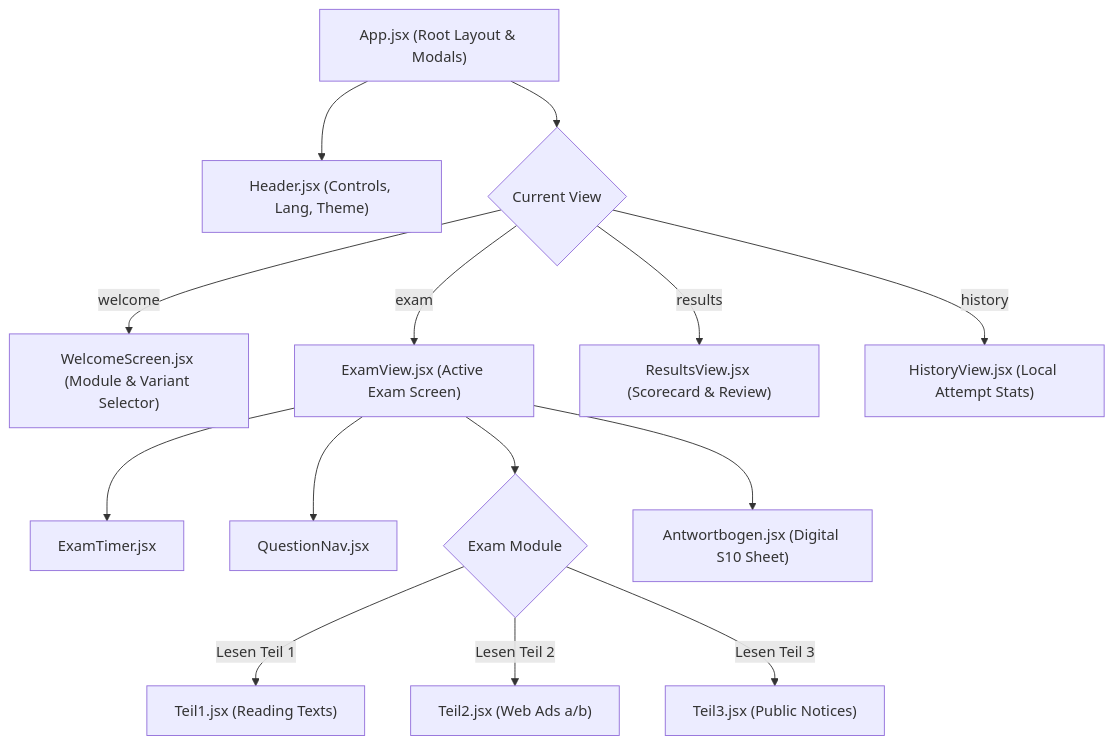
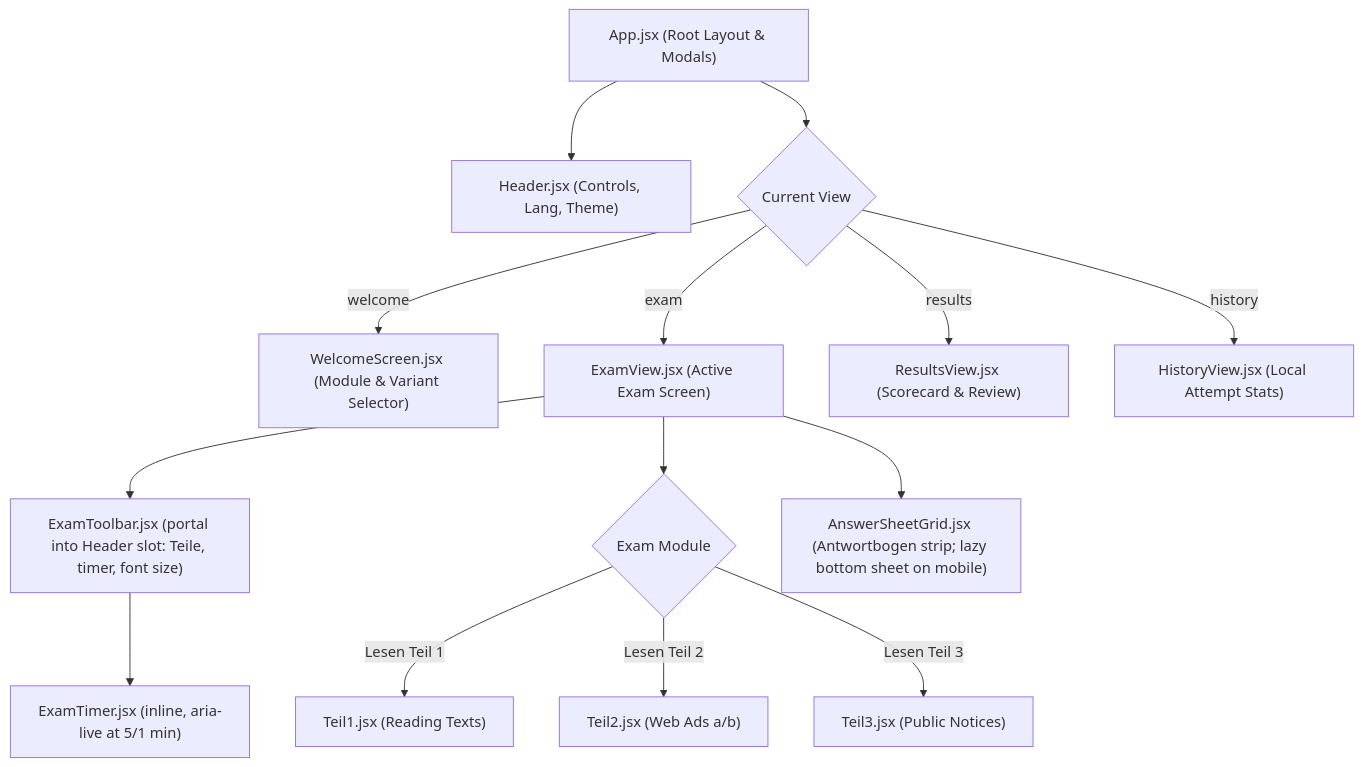
The second of 5 diagrams in ARCHITECTURE.md (soldrag/telcA1), drawn with Mermaid before and after one commit. The commit also changed 42 other files, not shown here.

First line of the commit message:
feat(ui): stage 1 — exam flow: neutral radiogroup answers, single chrome strip, answer sheet with flags (v0.7.55)

````diff
--- a/ARCHITECTURE.md
+++ b/ARCHITECTURE.md
@@ -75,20 +75,20 @@
 ```mermaid
 graph TD
     App["App.jsx (Root Layout & Modals)"]
     App --> Header["Header.jsx (Controls, Lang, Theme)"]
     App --> ViewSelector{Current View}
     
     ViewSelector -->|welcome| WelcomeScreen["WelcomeScreen.jsx (Module & Variant Selector)"]
     ViewSelector -->|exam| ExamView["ExamView.jsx (Active Exam Screen)"]
     ViewSelector -->|results| ResultsView["ResultsView.jsx (Scorecard & Review)"]
     ViewSelector -->|history| HistoryView["HistoryView.jsx (Local Attempt Stats)"]
     
-    ExamView --> ExamTimer["ExamTimer.jsx"]
-    ExamView --> QuestionNav["QuestionNav.jsx"]
+    ExamView --> ExamToolbar["ExamToolbar.jsx (portal into Header slot: Teile, timer, font size)"]
+    ExamToolbar --> ExamTimer["ExamTimer.jsx (inline, aria-live at 5/1 min)"]
     ExamView --> ActiveModule{Exam Module}
     
     ActiveModule -->|Lesen Teil 1| Teil1["Teil1.jsx (Reading Texts)"]
     ActiveModule -->|Lesen Teil 2| Teil2["Teil2.jsx (Web Ads a/b)"]
     ActiveModule -->|Lesen Teil 3| Teil3["Teil3.jsx (Public Notices)"]
-    ExamView --> Antwortbogen["Antwortbogen.jsx (Digital S10 Sheet)"]
+    ExamView --> AnswerSheet["AnswerSheetGrid.jsx (Antwortbogen strip; lazy bottom sheet on mobile)"]
 ```
````
